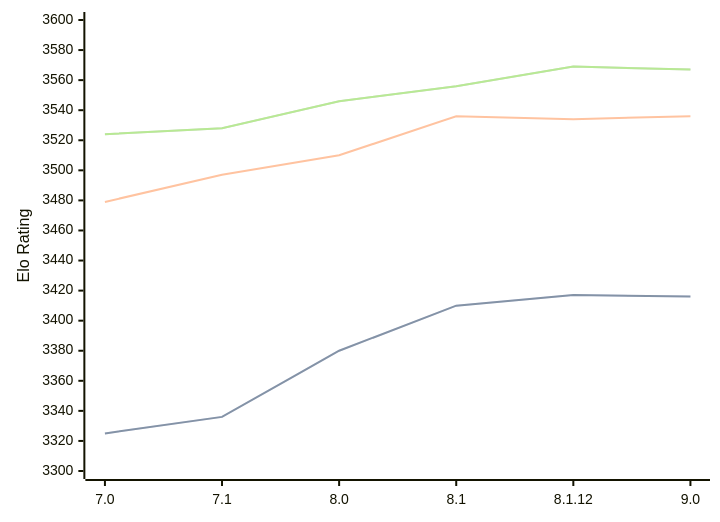
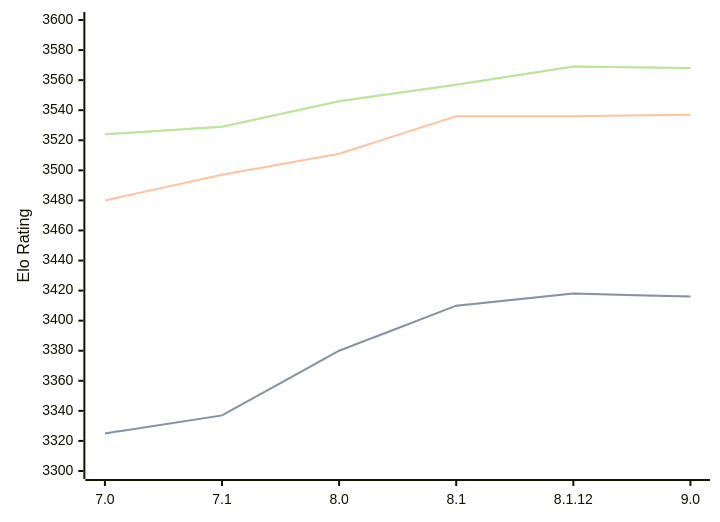
The diagram in engines/Alexandria.md (computer-chess-index/cci), drawn with Mermaid before and after one commit. The commit also changed other lines of this file, not shown here.

Commit message:
Update CCI Ratings (ELO VLTC) - 2026-07-31

````diff
--- a/engines/Alexandria.md
+++ b/engines/Alexandria.md
@@ -55,11 +55,11 @@
 ```mermaid
 %%{init: {"theme":"base","themeVariables":{"seriesColors:['#a3a3a3','#222221','#faa371']}}}%%
 xychart-beta
   x-axis ["7.0", "7.1", "8.0", "8.1", "8.1.12", "9.0"]
   y-axis "Elo Rating" 3300 --> 3600
-  line "STC (8.0+0.08s)" [3325, 3336, 3380, 3410, 3417, 3416]
-  line "STC (8.0+0.08s)" [3325, 3336, 3380, 3410, 3417, 3416]
-  line "LTC (60.0+0.60s)" [3479, 3497, 3510, 3536, 3534, 3536]
-  line "VLTC (2m24s+1.12s)" [3524, 3528, 3546, 3556, 3569, 3567]
-  line "VLTC (2m24s+1.12s)" [3524, 3528, 3546, 3556, 3569, 3567]
+  line "STC (8.0+0.08s)" [3325, 3337, 3380, 3410, 3418, 3416]
+  line "STC (8.0+0.08s)" [3325, 3337, 3380, 3410, 3418, 3416]
+  line "LTC (60.0+0.60s)" [3480, 3497, 3511, 3536, 3536, 3537]
+  line "VLTC (2m24s+1.12s)" [3524, 3529, 3546, 3557, 3569, 3568]
+  line "VLTC (2m24s+1.12s)" [3524, 3529, 3546, 3557, 3569, 3568]
 ```
````
